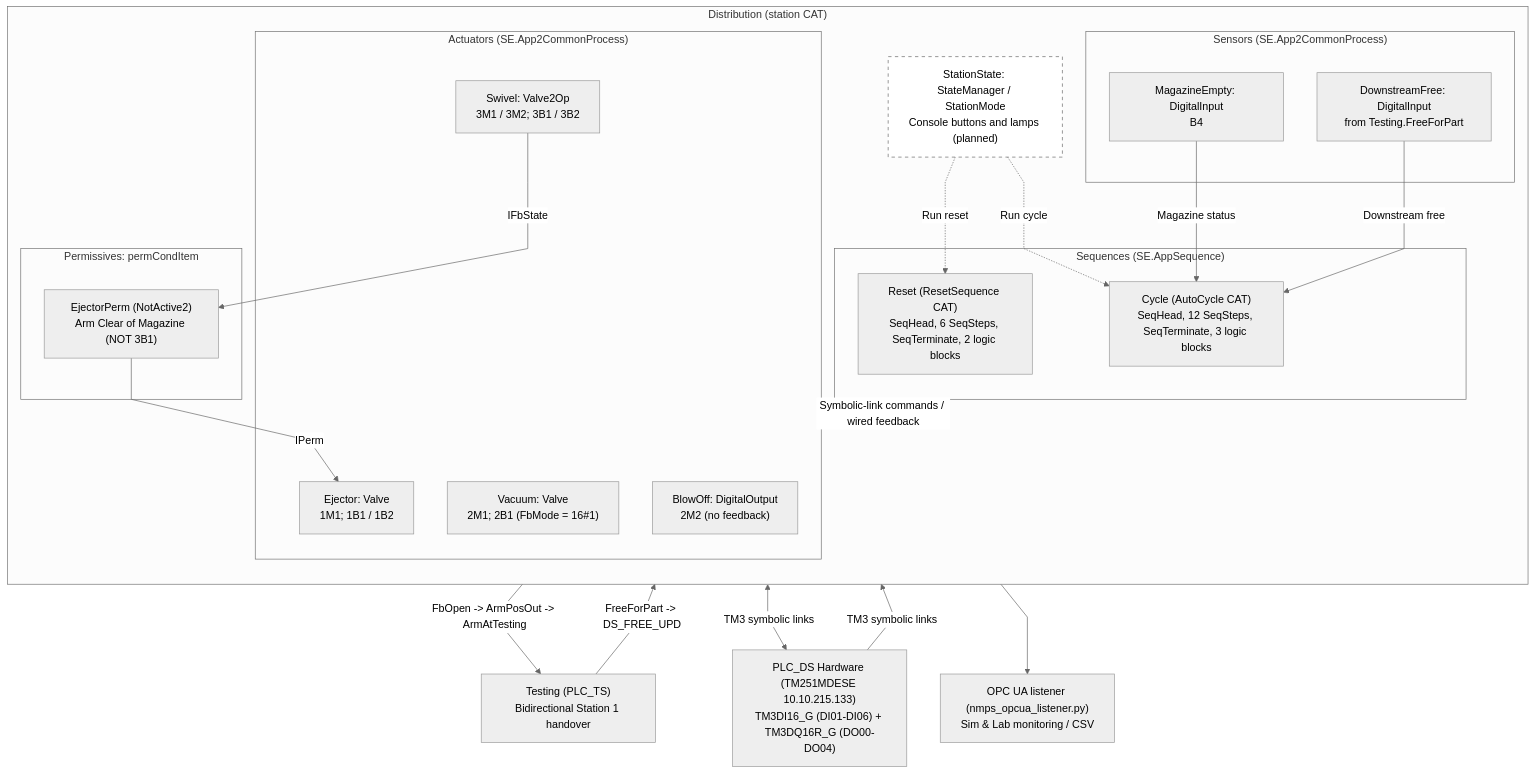
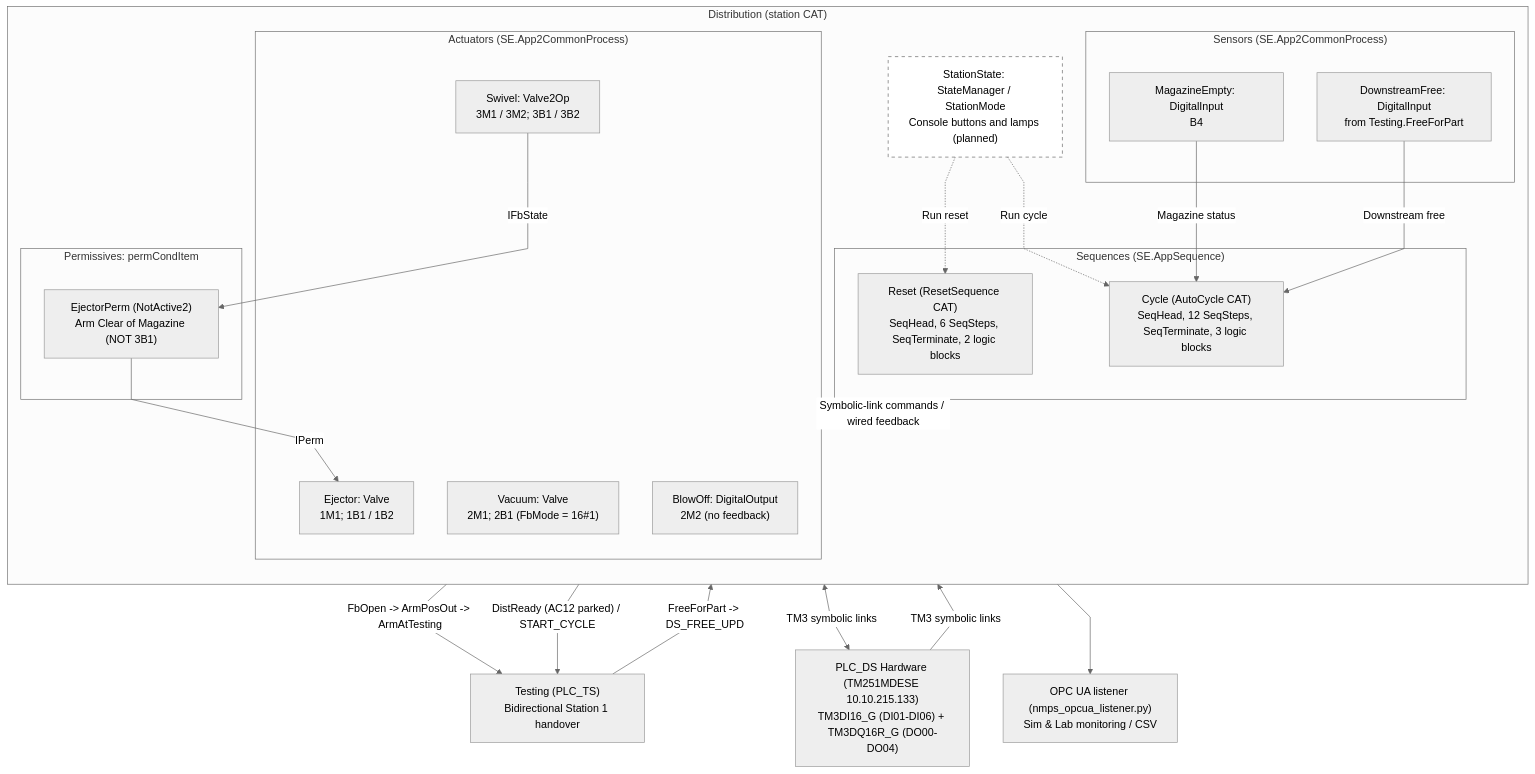
One commit to D7017E-LLM-Based-Failure-Detection/ttt-MPS changed the first of 4 diagrams in docs/DISTRIBUTION.md. Above: the diagram before and after it, drawn with Mermaid. The commit also changed other lines of this file and 2 other files, not shown here.

````diff
--- a/docs/DISTRIBUTION.md
+++ b/docs/DISTRIBUTION.md
@@ -37,50 +37,51 @@
 ```mermaid
 %%{init: {"theme": "neutral", "flowchart": {"curve": "linear"}}}%%
 flowchart TB
     subgraph Distribution["Distribution (station CAT)"]
         direction TB
         StationState["StationState: StateManager / StationMode<br/>Console buttons and lamps (planned)"]
 
         subgraph Sequences["Sequences (SE.AppSequence)"]
             Reset["Reset (ResetSequence CAT)<br/>SeqHead, 6 SeqSteps, SeqTerminate, 2 logic blocks"]
             Cycle["Cycle (AutoCycle CAT)<br/>SeqHead, 12 SeqSteps, SeqTerminate, 3 logic blocks"]
         end
 
         subgraph Actuators["Actuators (SE.App2CommonProcess)"]
             Ejector["Ejector: Valve<br/>1M1; 1B1 / 1B2"]
             Swivel["Swivel: Valve2Op<br/>3M1 / 3M2; 3B1 / 3B2"]
             Vacuum["Vacuum: Valve<br/>2M1; 2B1 (FbMode = 16#1)"]
             BlowOff["BlowOff: DigitalOutput<br/>2M2 (no feedback)"]
         end
 
         subgraph Sensors["Sensors (SE.App2CommonProcess)"]
             MagazineEmpty["MagazineEmpty: DigitalInput<br/>B4"]
             DownstreamFree["DownstreamFree: DigitalInput<br/>from Testing.FreeForPart"]
         end
 
         subgraph Permissives["Permissives: permCondItem"]
             EjectorPerm["EjectorPerm (NotActive2)<br/>Arm Clear of Magazine (NOT 3B1)"]
         end
 
         StationState -.->|Run reset| Reset
         StationState -.->|Run cycle| Cycle
         Sequences <-->|Symbolic-link commands / wired feedback| Actuators
         MagazineEmpty -->|Magazine status| Cycle
         DownstreamFree -->|Downstream free| Cycle
         Swivel -->|IFbState| EjectorPerm
         EjectorPerm -->|IPerm| Ejector
     end
 
     PLC["PLC_DS Hardware (TM251MDESE 10.10.215.133)<br/>TM3DI16_G (DI01-DI06) + TM3DQ16R_G (DO00-DO04)"]
     Testing["Testing (PLC_TS)<br/>Bidirectional Station 1 handover"]
     OPCUA["OPC UA listener (nmps_opcua_listener.py)<br/>Sim & Lab monitoring / CSV"]
 
     Actuators <-->|TM3 symbolic links| PLC
     PLC -->|TM3 symbolic links| Sensors
     Testing -->|"FreeForPart -> DS_FREE_UPD"| DownstreamFree
     Swivel -->|"FbOpen -> ArmPosOut -> ArmAtTesting"| Testing
+    Cycle -->|"DistReady (AC12 parked) / START_CYCLE"| Testing
     Distribution --> OPCUA
 
     classDef planned fill:#fff,stroke:#666,stroke-dasharray:5 5
     class StationState planned
 ```
````
